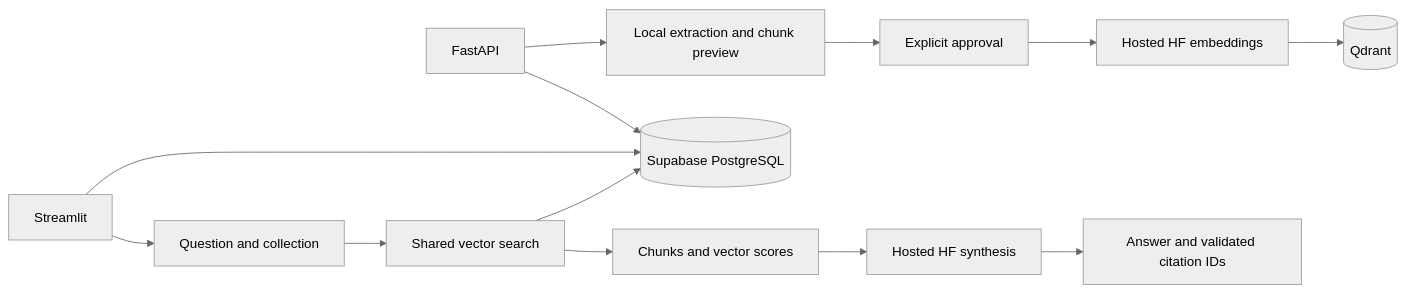
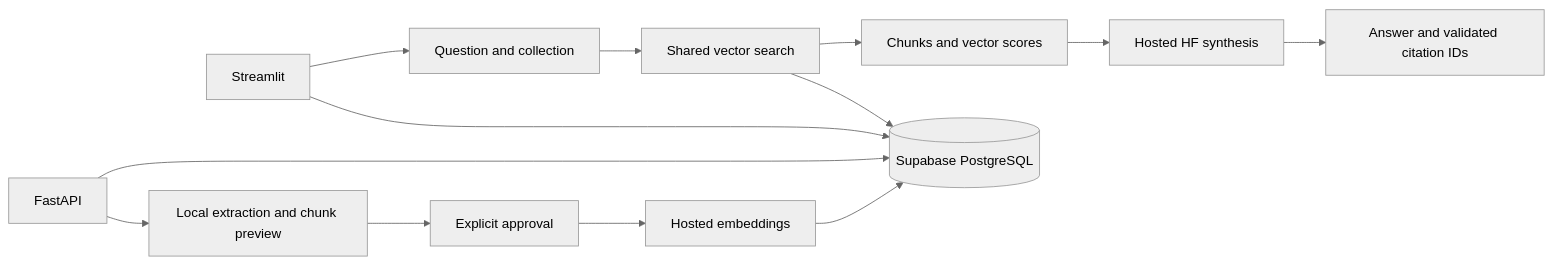
One commit to Shotza247/Supabas_pulse360_RAG changed the diagram in docs/ui-testing.md. Above: the diagram before and after it, drawn with Mermaid (neutral theme). The commit also changed other lines of this file and 6 other files, not shown here.

````diff
--- a/docs/ui-testing.md
+++ b/docs/ui-testing.md
@@ -83,15 +89,15 @@
 ```mermaid
 flowchart LR
     UI[Streamlit] --> DB[(Supabase PostgreSQL)]
     API[FastAPI] --> Preview[Local extraction and chunk preview]
     Preview --> Approval[Explicit approval]
-    Approval --> HF[Hosted HF embeddings]
-    HF --> Q[(Qdrant)]
+    Approval --> HF[Hosted embeddings]
+    HF --> DB
     API --> DB
     UI --> Query[Question and collection]
     Query --> Search[Shared vector search]
     Search --> DB
     Search --> Matches[Chunks and vector scores]
     Matches --> LLM[Hosted HF synthesis]
     LLM --> Citations[Answer and validated citation IDs]
 ```
````
